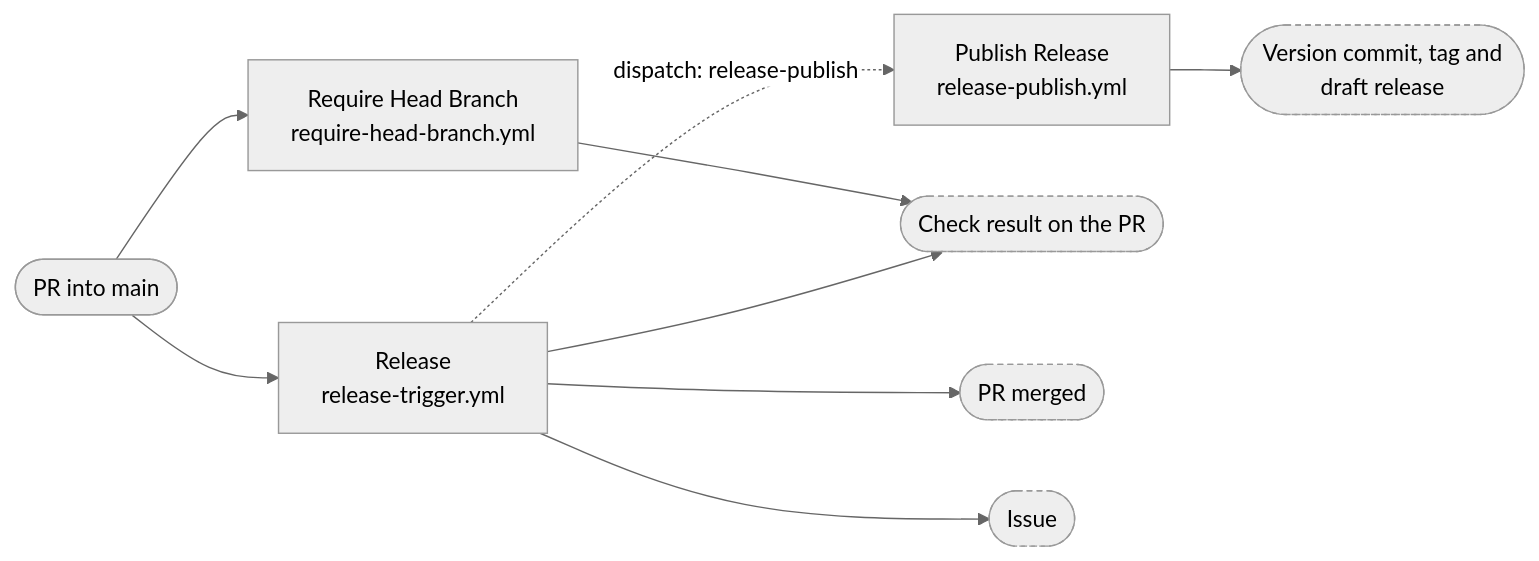
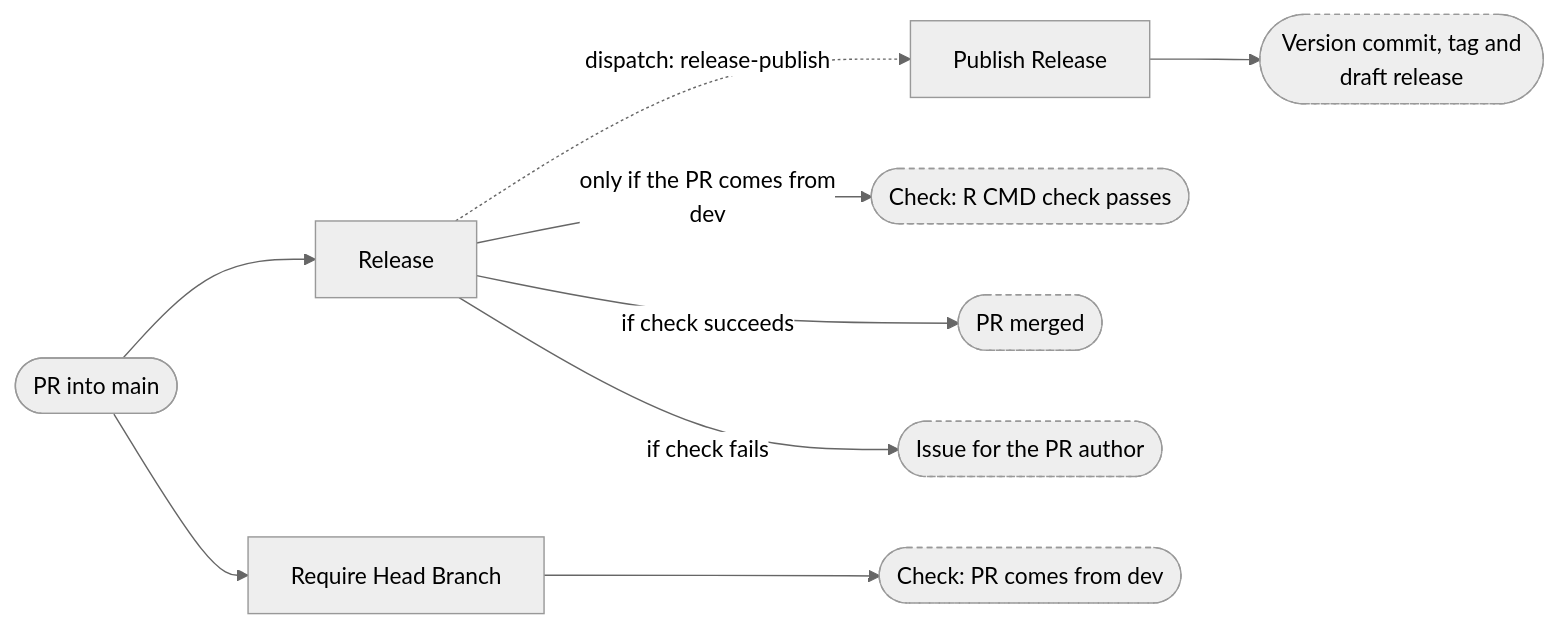
Before and after one commit to nfdi4health/dsSupportClient: the third of 15 diagrams in .github/workflow-graphs/README.md, drawn with Mermaid (neutral theme). The commit also changed other lines of this file, not shown here.

Commit message:
docs: update workflow diagrams

````diff
--- a/.github/workflow-graphs/README.md
+++ b/.github/workflow-graphs/README.md
@@ -79,20 +80,21 @@
 ```mermaid
 flowchart LR
   ev(["PR into main"])
-  wf_release_trigger_yml["Release<br/>release-trigger.yml"]
+  wf_release_trigger_yml["Release"]
   ev --> wf_release_trigger_yml
-  wf_require_head_branch_yml["Require Head Branch<br/>require-head-branch.yml"]
+  wf_require_head_branch_yml["Require Head Branch"]
   ev --> wf_require_head_branch_yml
-  wf_release_publish_yml["Publish Release<br/>release-publish.yml"]
+  wf_release_publish_yml["Publish Release"]
   wf_release_trigger_yml -. "dispatch: release-publish" .-> wf_release_publish_yml
-  out_1(["Check result on the PR"]):::outcome
+  out_1(["Check: R CMD check passes"]):::outcome
   out_2(["PR merged"]):::outcome
-  out_3(["Issue"]):::outcome
-  out_4(["Version commit, tag and<br/>draft release"]):::outcome
-  wf_release_trigger_yml --> out_1
-  wf_release_trigger_yml --> out_2
-  wf_release_trigger_yml --> out_3
-  wf_require_head_branch_yml --> out_1
-  wf_release_publish_yml --> out_4
+  out_3(["Issue for the PR author"]):::outcome
+  out_4(["Check: PR comes from dev"]):::outcome
+  out_5(["Version commit, tag and<br/>draft release"]):::outcome
+  wf_release_trigger_yml -- "only if the PR comes from<br/>dev" --> out_1
+  wf_release_trigger_yml -- "if check succeeds" --> out_2
+  wf_release_trigger_yml -- "if check fails" --> out_3
+  wf_require_head_branch_yml --> out_4
+  wf_release_publish_yml --> out_5
   classDef outcome stroke-dasharray: 4 3
 ```
````
